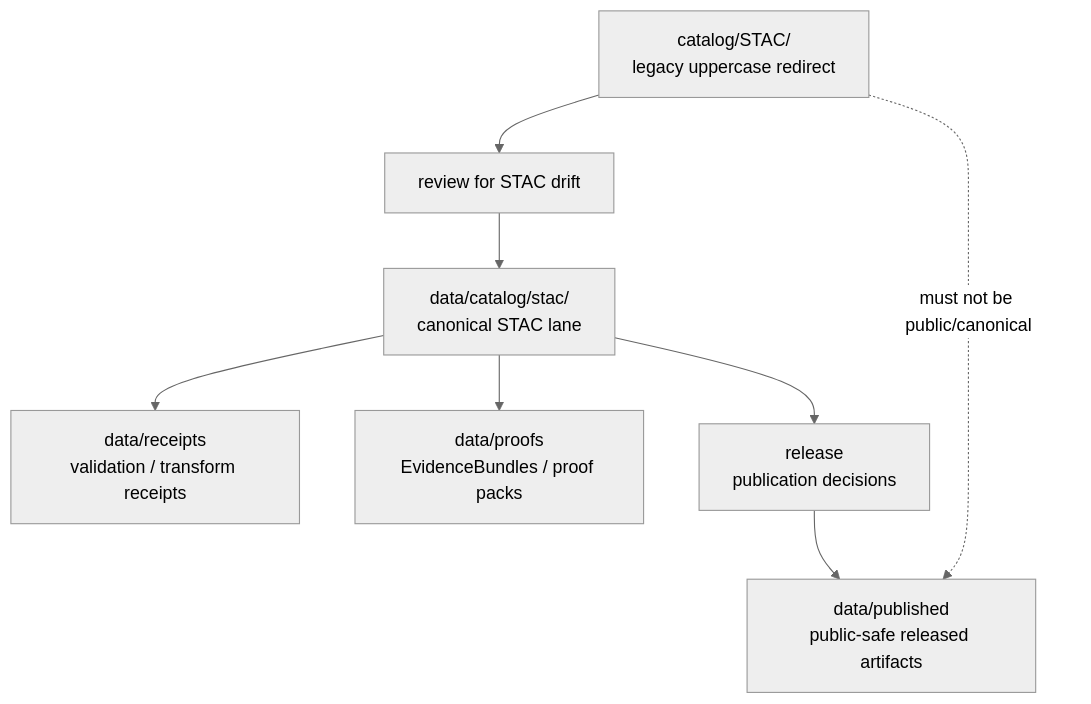
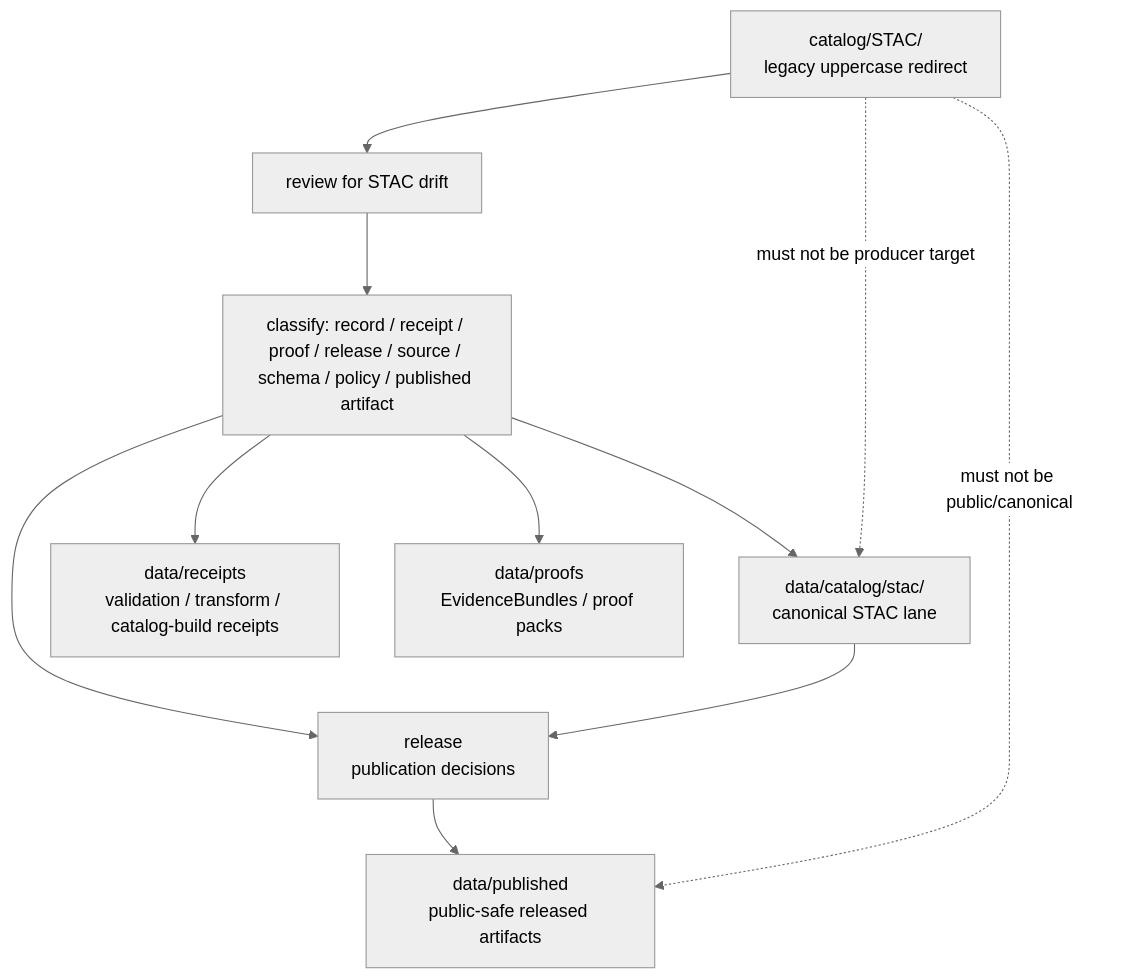
The diagram in catalog/STAC/README.md (bartytime4life/Kansas-Frontier-Matrix), drawn with Mermaid (neutral theme) before and after one commit. The commit also changed other lines of this file, not shown here.

Commit message:
docs: update catalog STAC redirect readme

````diff
--- a/catalog/STAC/README.md
+++ b/catalog/STAC/README.md
@@ -161,10 +251,13 @@
 ```mermaid
 flowchart TD
     wrong["catalog/STAC/\nlegacy uppercase redirect"] --> review["review for STAC drift"]
-    review --> canonical["data/catalog/stac/\ncanonical STAC lane"]
-    canonical --> receipts["data/receipts\nvalidation / transform receipts"]
-    canonical --> proofs["data/proofs\nEvidenceBundles / proof packs"]
-    canonical --> release["release\npublication decisions"]
+    review --> classify["classify: record / receipt / proof / release / source / schema / policy / published artifact"]
+    classify --> canonical["data/catalog/stac/\ncanonical STAC lane"]
+    classify --> receipts["data/receipts\nvalidation / transform / catalog-build receipts"]
+    classify --> proofs["data/proofs\nEvidenceBundles / proof packs"]
+    classify --> release["release\npublication decisions"]
     release --> published["data/published\npublic-safe released artifacts"]
+    canonical --> release
     wrong -. "must not be public/canonical" .-> published
+    wrong -. "must not be producer target" .-> canonical
 ```
````
